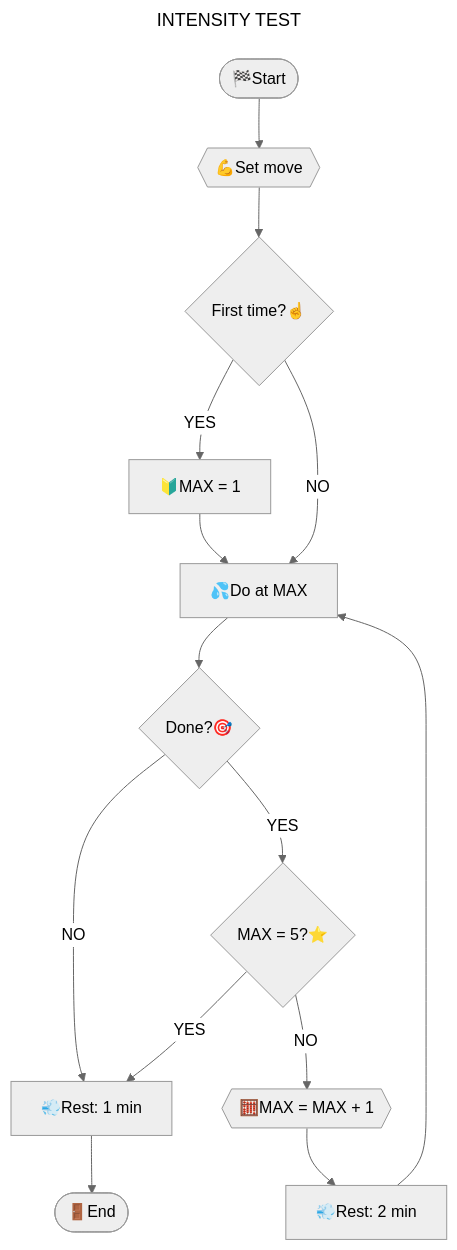
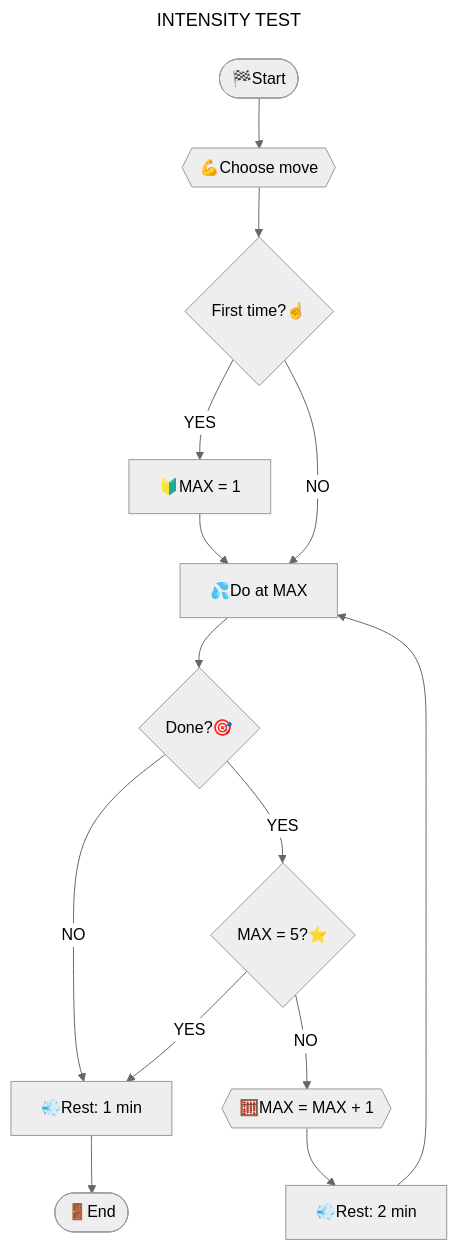
Before and after one commit to andre-cat/md-training: the diagram in training-1/tests/intensity.md, drawn with Mermaid (neutral theme). The commit also changed other lines of this file and 11 other files, not shown here.

````diff
--- a/training-1/tests/intensity.md
+++ b/training-1/tests/intensity.md
@@ -23,36 +23,36 @@
 ```mermaid
 ---
 title: INTENSITY TEST
 ---
 %%{
     init: {
         "fontFamily": "lucida console",
         "flowchart": {
             "htmlLabels": true,
             "curve": "StepAfter"
         }
     }
 }%%
 flowchart TB
     0(["#127937;Start"])
-    1{{"#128170;Set move"}}
+    1{{"#128170;Choose move"}}
     2{"First time?#9757;"}
     2Y["#128304;MAX = 1"]
     3["#128166;Do at MAX"]
     4{"Done?#127919;"}
     4Y{"MAX = 5?#11088;"}
     4YN{{"#129518;MAX = MAX + 1"}}
     4YN0["#128168;Rest: 2 min"]
     4N["#128168;Rest: 1 min"]
     5(["#128682;End"])
 
     0 --> 1 --> 2
     2 -- "YES" --> 2Y --> 3
     2 -- "NO " --> 3
     3 --> 4
     4 -- "YES" --> 4Y
     4 -- "NO " --> 4N
     4Y -- "YES" --> 4N
     4N --> 5
     4Y -- "NO " --> 4YN --> 4YN0 --> 3
 ```
````
